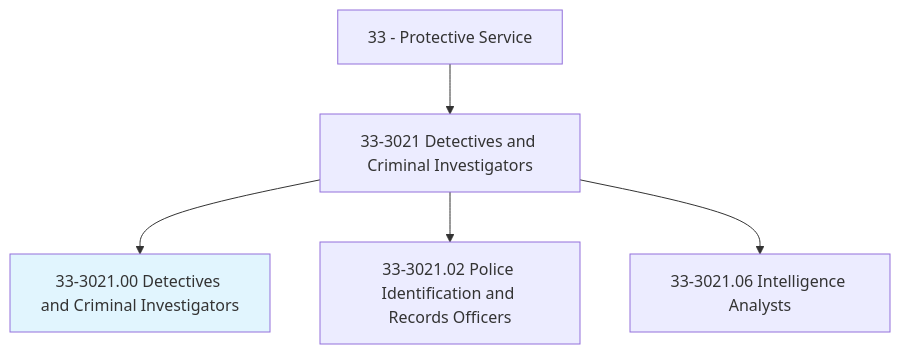
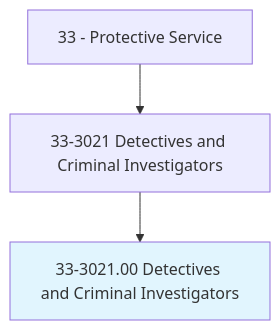
One commit to kziemski/business.org.ai changed the first of 4 diagrams in occupations/PublicSafety/DetectivesAndCriminalInvestigators.mdx. Above: the diagram before and after it, drawn with Mermaid. The commit also changed other lines of this file and 938 other files, not shown here.

````diff
--- a/occupations/PublicSafety/DetectivesAndCriminalInvestigators.mdx
+++ b/occupations/PublicSafety/DetectivesAndCriminalInvestigators.mdx
@@ -19,8 +23,6 @@
 ```mermaid
 graph TD
     Cat33["33 - Protective Service"] --> Group333021["33-3021 Detectives and Criminal Investigators"]
     Group333021 --> Current["33-3021.00 Detectives and Criminal Investigators"]
     style Current fill:#e1f5fe
-    Group333021 --> V33302102["33-3021.02 Police Identification and Records Officers"]
-    Group333021 --> V33302106["33-3021.06 Intelligence Analysts"]
 ```
````
